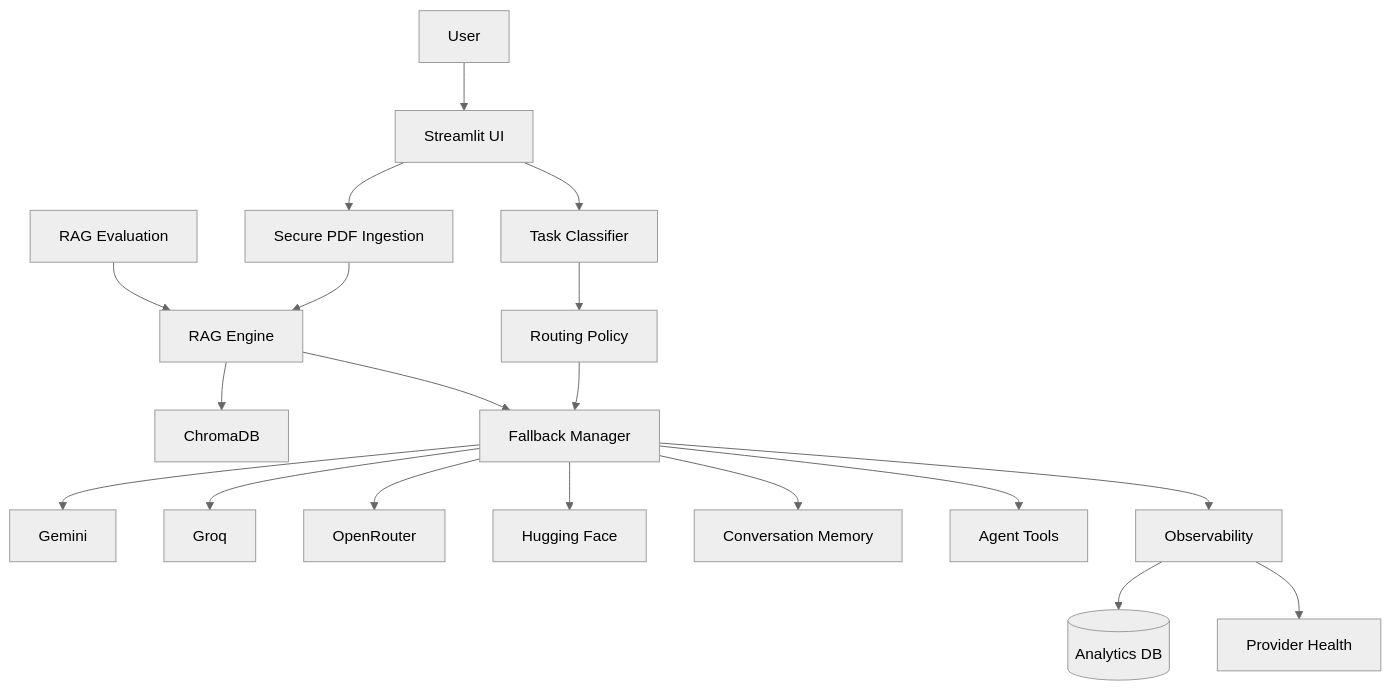
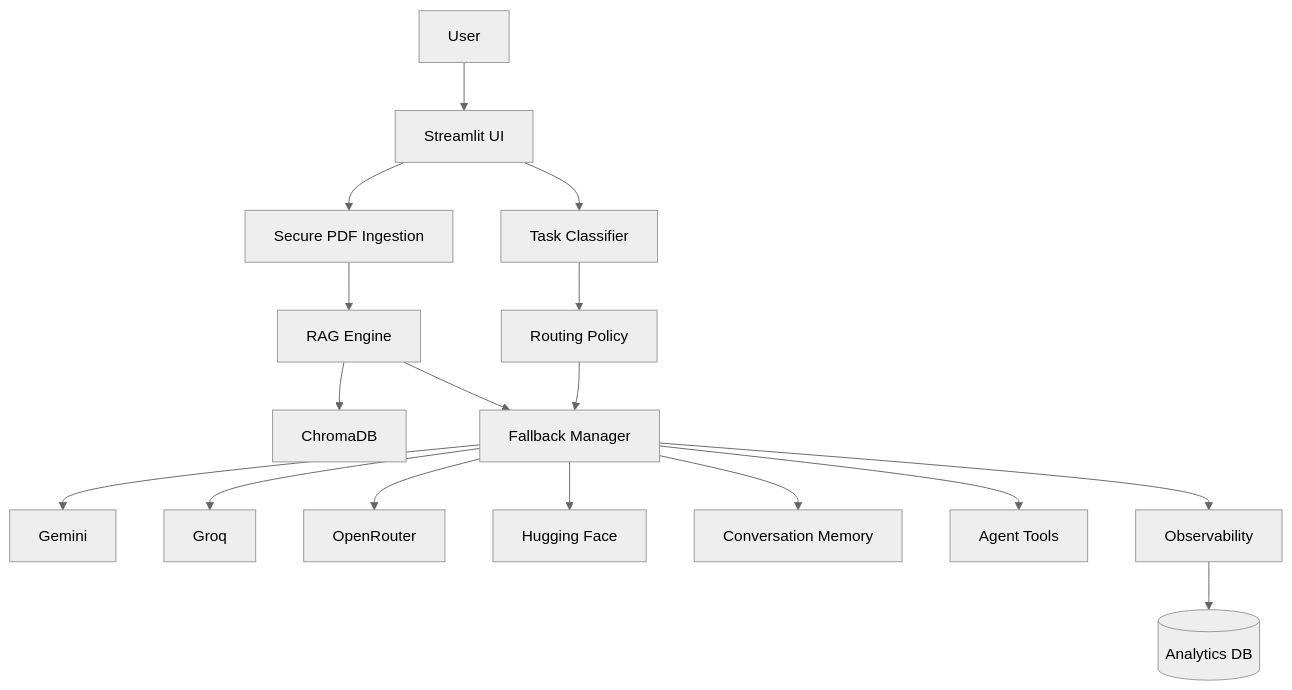
Before and after one commit to Piyu242005/NeuraFlow-AI: the diagram in README.md, drawn with Mermaid (neutral theme). The commit also changed other lines of this file, not shown here.

````diff
--- a/README.md
+++ b/README.md
@@ -37,21 +33,19 @@
 ```mermaid
 graph TD
     U[User] --> UI[Streamlit UI]
     UI --> ING[Secure PDF Ingestion]
     ING --> RAG[RAG Engine]
     RAG --> CH[ChromaDB]
     UI --> CLS[Task Classifier]
     CLS --> RP[Routing Policy]
     RP --> FM[Fallback Manager]
     RAG --> FM
     FM --> G[Gemini]
     FM --> GR[Groq]
     FM --> OR[OpenRouter]
     FM --> HF[Hugging Face]
     FM --> MEM[Conversation Memory]
     FM --> TOOLS[Agent Tools]
     FM --> OBS[Observability]
     OBS --> DB[(Analytics DB)]
-    OBS --> HEALTH[Provider Health]
-    EVAL[RAG Evaluation] --> RAG
 ```
````
